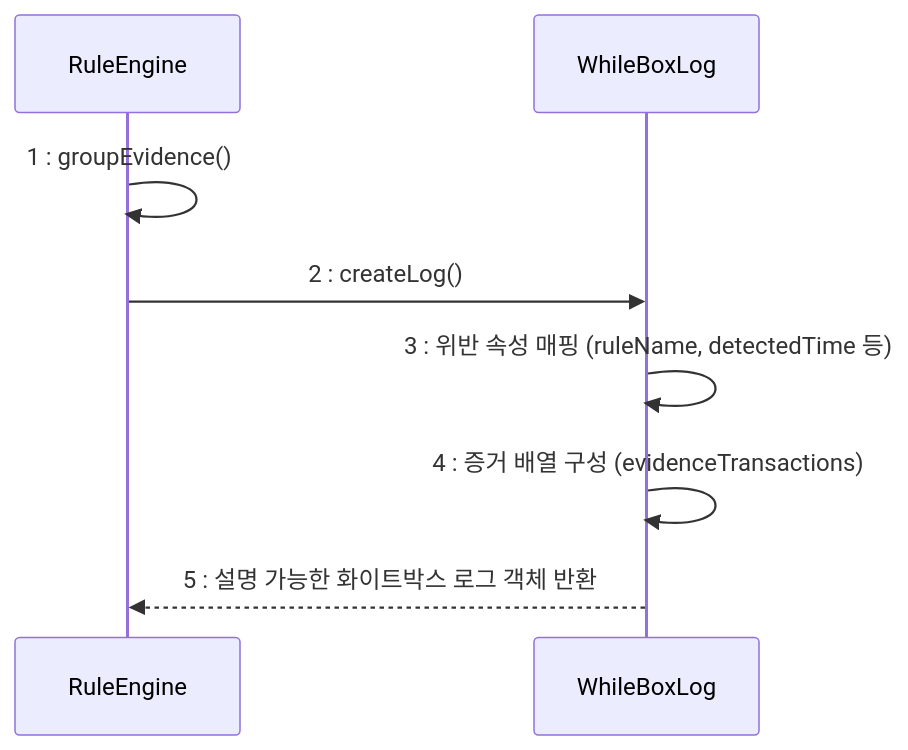
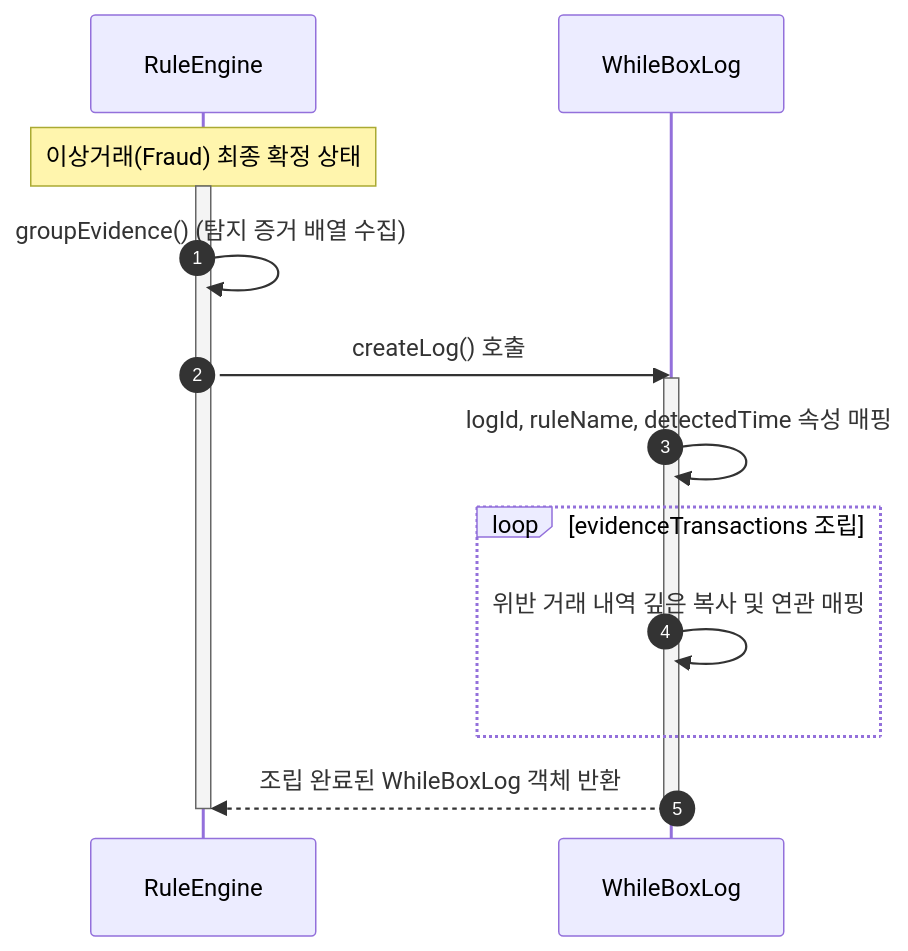
Before and after one commit to seokchaeyeon/2026_1_OSS: the sixth of 12 diagrams in Design_[22411890_석채연].md, drawn with Mermaid. The commit also changed other lines of this file, not shown here.

````diff
--- a/Design_[22411890_석채연].md
+++ b/Design_[22411890_석채연].md
@@ -213,11 +275,22 @@
 ```mermaid
 sequenceDiagram
+    autonumber
     participant Rule as RuleEngine
     participant Log as WhileBoxLog
 
-    Rule->>Rule: 1 : groupEvidence()
-    Rule->>Log: 2 : createLog()
-    Log->>Log: 3 : 위반 속성 매핑 (ruleName, detectedTime 등)
-    Log->>Log: 4 : 증거 배열 구성 (evidenceTransactions)
-    Log-->>Rule: 5 : 설명 가능한 화이트박스 로그 객체 반환
+    Note over Rule: 이상거래(Fraud) 최종 확정 상태
+    activate Rule
+    Rule->>Rule: groupEvidence() (탐지 증거 배열 수집)
+    
+    Rule->>Log: createLog() 호출
+    activate Log
+    Log->>Log: logId, ruleName, detectedTime 속성 매핑
+    
+    loop evidenceTransactions 조립
+        Log->>Log: 위반 거래 내역 깊은 복사 및 연관 매핑
+    end
+    
+    Log-->>Rule: 조립 완료된 WhileBoxLog 객체 반환
+    deactivate Log
+    deactivate Rule
 ```
````
